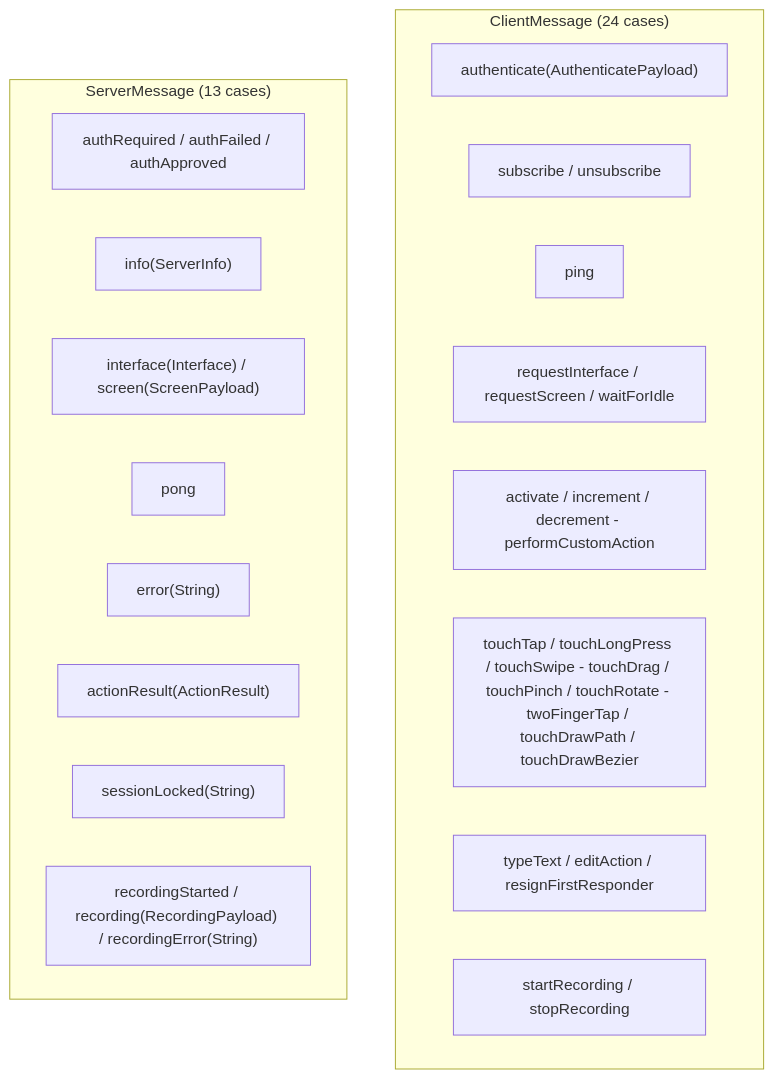
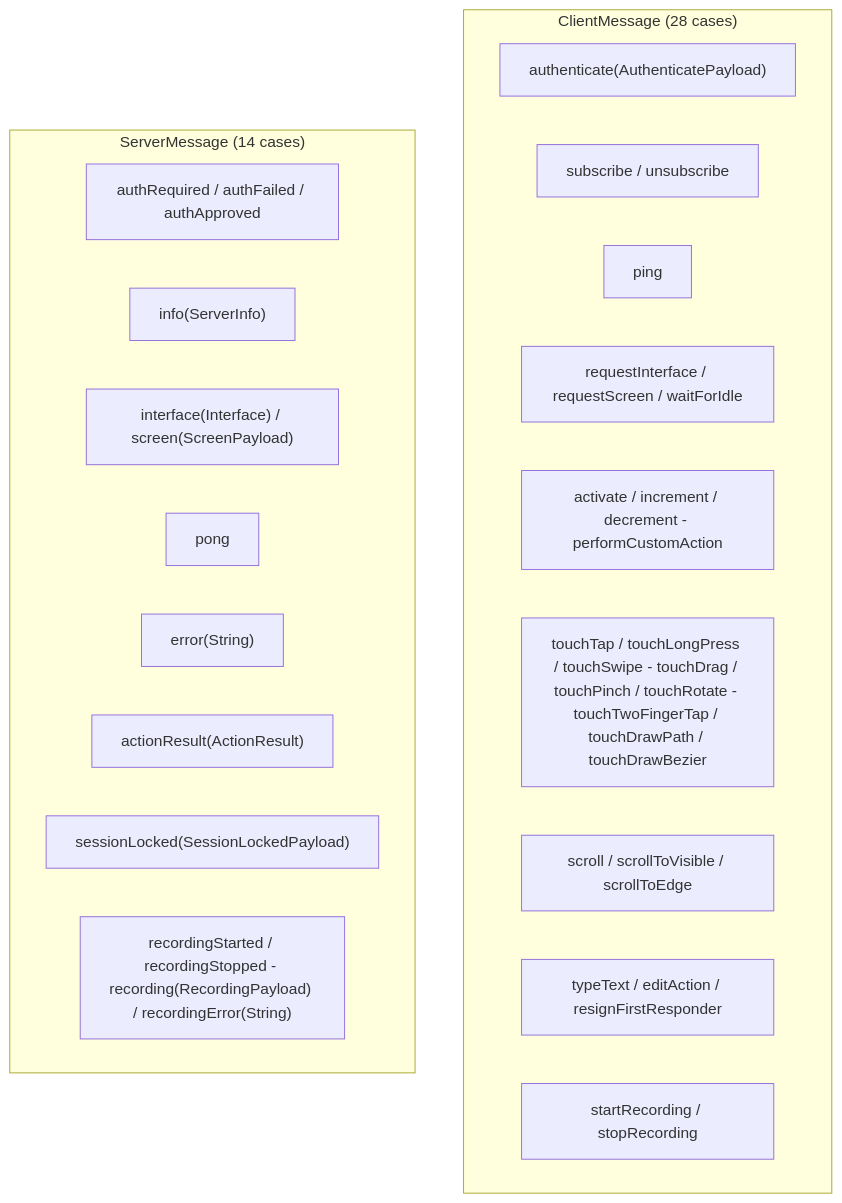
The second of 3 diagrams in docs/dossiers/01-THESCORE.md (RoyalPineapple/TheButtonHeist), drawn with Mermaid before and after one commit. The commit also changed other lines of this file and 15 other files, not shown here.

````diff
--- a/docs/dossiers/01-THESCORE.md
+++ b/docs/dossiers/01-THESCORE.md
@@ -50,24 +50,25 @@
 ```mermaid
 graph TD
-    subgraph ClientMessages["ClientMessage (24 cases)"]
+    subgraph ClientMessages["ClientMessage (28 cases)"]
         Auth["authenticate(AuthenticatePayload)"]
         Sub["subscribe / unsubscribe"]
         Ping["ping"]
         Query["requestInterface / requestScreen / waitForIdle"]
         Actions["activate / increment / decrement - performCustomAction"]
-        Touch["touchTap / touchLongPress / touchSwipe - touchDrag / touchPinch / touchRotate - twoFingerTap / touchDrawPath / touchDrawBezier"]
+        Touch["touchTap / touchLongPress / touchSwipe - touchDrag / touchPinch / touchRotate - touchTwoFingerTap / touchDrawPath / touchDrawBezier"]
+        Scroll["scroll / scrollToVisible / scrollToEdge"]
         Text["typeText / editAction / resignFirstResponder"]
         Recording["startRecording / stopRecording"]
     end
 
-    subgraph ServerMessages["ServerMessage (13 cases)"]
+    subgraph ServerMessages["ServerMessage (14 cases)"]
         AuthResp["authRequired / authFailed / authApproved"]
         Info["info(ServerInfo)"]
         Data["interface(Interface) / screen(ScreenPayload)"]
         Pong["pong"]
         Error["error(String)"]
         Action["actionResult(ActionResult)"]
-        Session["sessionLocked(String)"]
-        Rec["recordingStarted / recording(RecordingPayload) / recordingError(String)"]
+        Session["sessionLocked(SessionLockedPayload)"]
+        Rec["recordingStarted / recordingStopped - recording(RecordingPayload) / recordingError(String)"]
     end
 ```
````
